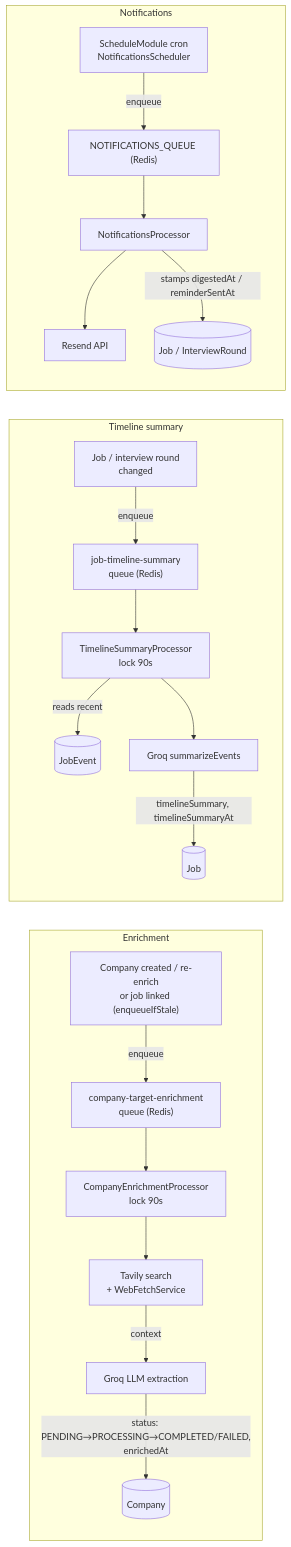
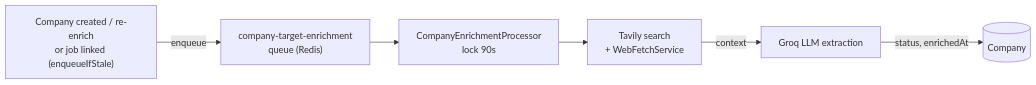
Before and after one commit to muhammadasif2017/job-tracker: the fifth of 9 diagrams in docs/architecture.md, drawn with Mermaid. The commit also changed other lines of this file, not shown here.

First line of the commit message:
Fix architecture diagram layouts (#389)

````diff
--- a/docs/architecture.md
+++ b/docs/architecture.md
@@ -159,25 +174,8 @@
 ```mermaid
 flowchart LR
-    subgraph Enrichment
-        JC["Company created / re-enrich<br/>or job linked (enqueueIfStale)"] -->|enqueue| EQ["company-target-enrichment<br/>queue (Redis)"]
-        EQ --> EP["CompanyEnrichmentProcessor<br/>lock 90s"]
-        EP --> TAV["Tavily search<br/>+ WebFetchService"]
-        TAV -->|context| GROQ[Groq LLM extraction]
-        GROQ -->|"status: PENDING→PROCESSING→COMPLETED/FAILED,<br/>enrichedAt"| CP[(Company)]
-    end
-
-    subgraph TimelineSummary["Timeline summary"]
-        JE["Job / interview round<br/>changed"] -->|enqueue| TQ["job-timeline-summary<br/>queue (Redis)"]
-        TQ --> TP["TimelineSummaryProcessor<br/>lock 90s"]
-        TP -->|reads recent| EV[(JobEvent)]
-        TP --> GROQ2[Groq summarizeEvents]
-        GROQ2 -->|"timelineSummary, timelineSummaryAt"| JOBSUM[(Job)]
-    end
-
-    subgraph Notifications
-        CRON["ScheduleModule cron<br/>NotificationsScheduler"] -->|enqueue| NQ["NOTIFICATIONS_QUEUE (Redis)"]
-        NQ --> NP[NotificationsProcessor]
-        NP --> RESEND[Resend API]
-        NP -->|"stamps digestedAt / reminderSentAt"| JOBROW[(Job / InterviewRound)]
-    end
+    JC["Company created / re-enrich<br/>or job linked (enqueueIfStale)"] -->|enqueue| EQ["company-target-enrichment<br/>queue (Redis)"]
+    EQ --> EP["CompanyEnrichmentProcessor<br/>lock 90s"]
+    EP --> TAV["Tavily search<br/>+ WebFetchService"]
+    TAV -->|context| GROQ[Groq LLM extraction]
+    GROQ -->|"status, enrichedAt"| CP[(Company)]
 ```
````
